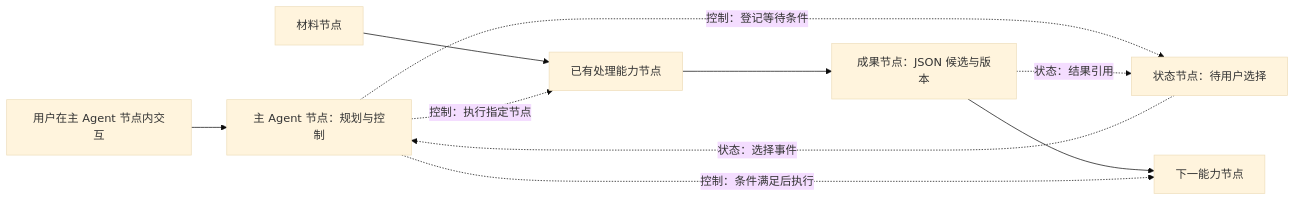
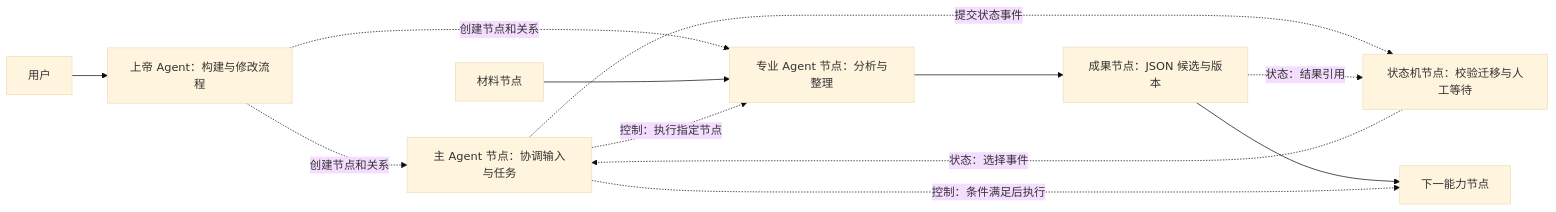
One commit to fanke52013141-cmd/free-creation changed the diagram in docs/canvas-agent-flow/README.md. Above: the diagram before and after it, drawn with Mermaid (base theme). The commit also changed other lines of this file and 16 other files, not shown here.

Commit message:
docs(agent): publish node coordination standard and remove retired roadmap

````diff
--- a/docs/canvas-agent-flow/README.md
+++ b/docs/canvas-agent-flow/README.md
@@ -31,12 +32,14 @@
 ```mermaid
 flowchart LR
-  U[用户在主 Agent 节点内交互] --> A[主 Agent 节点：规划与控制]
-  M[材料节点] --> P[已有处理能力节点]
+  U[用户] --> G[上帝 Agent：构建与修改流程]
+  G -. 创建节点和关系 .-> A[主 Agent 节点：协调输入与任务]
+  G -. 创建节点和关系 .-> P[专业 Agent 节点：分析与整理]
+  M[材料节点] --> P
   P --> R[成果节点：JSON 候选与版本]
   A -. 控制：执行指定节点 .-> P
-  A -. 控制：登记等待条件 .-> S[状态节点：待用户选择]
+  A -. 提交状态事件 .-> S[状态机节点：校验迁移与人工等待]
   R -. 状态：结果引用 .-> S
   S -. 状态：选择事件 .-> A
   R --> N[下一能力节点]
   A -. 控制：条件满足后执行 .-> N
 ```
````
